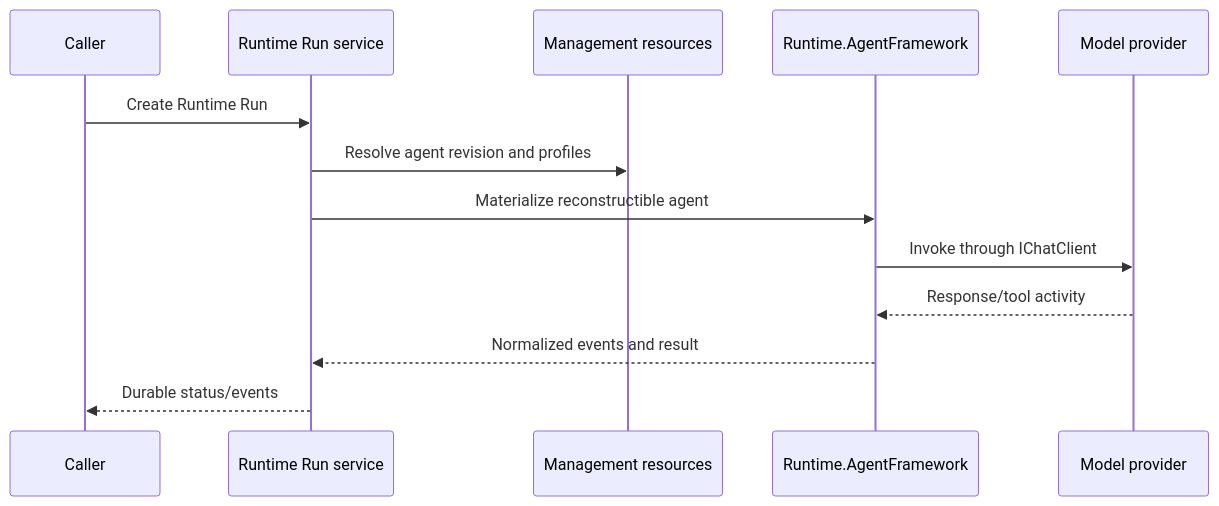
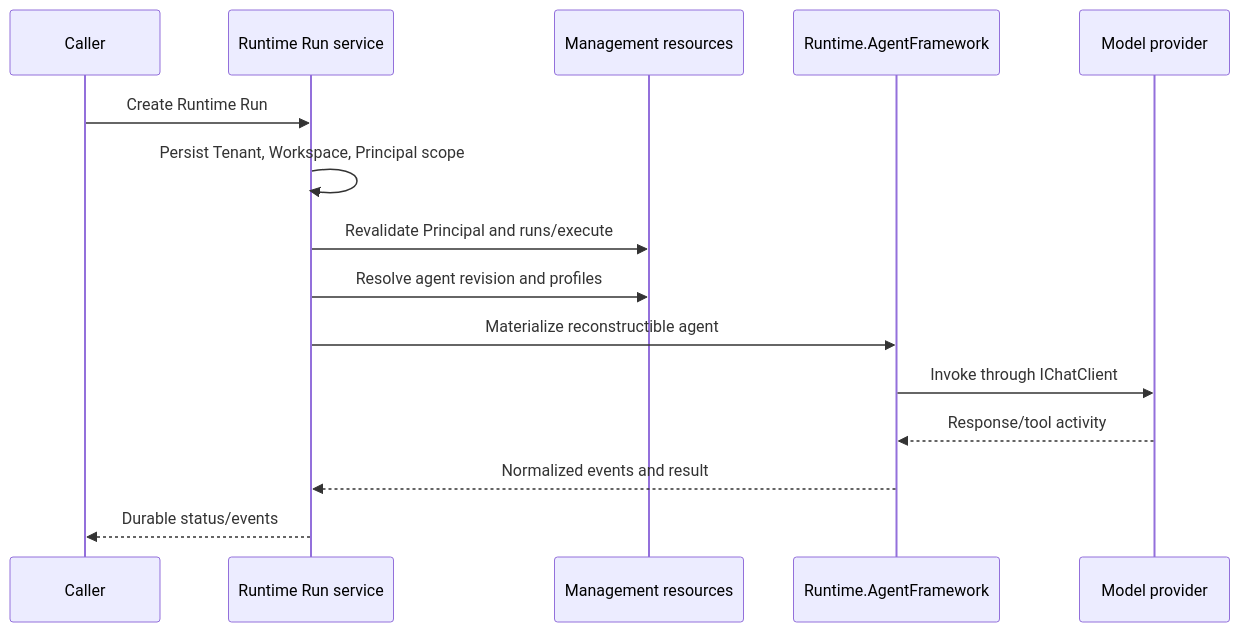
Before and after one commit to gbaudrit/agentstration: the diagram in docs/architecture/runtime-execution.md, drawn with Mermaid. The commit also changed other lines of this file and 17 other files, not shown here.

````diff
--- a/docs/architecture/runtime-execution.md
+++ b/docs/architecture/runtime-execution.md
@@ -5,15 +5,17 @@
 ```mermaid
 sequenceDiagram
     participant Caller
     participant Runtime as Runtime Run service
     participant Mgmt as Management resources
     participant MAF as Runtime.AgentFramework
     participant Model as Model provider
     Caller->>Runtime: Create Runtime Run
+    Runtime->>Runtime: Persist Tenant, Workspace, Principal scope
+    Runtime->>Mgmt: Revalidate Principal and runs/execute
     Runtime->>Mgmt: Resolve agent revision and profiles
     Runtime->>MAF: Materialize reconstructible agent
     MAF->>Model: Invoke through IChatClient
     Model-->>MAF: Response/tool activity
     MAF-->>Runtime: Normalized events and result
     Runtime-->>Caller: Durable status/events
 ```
````
